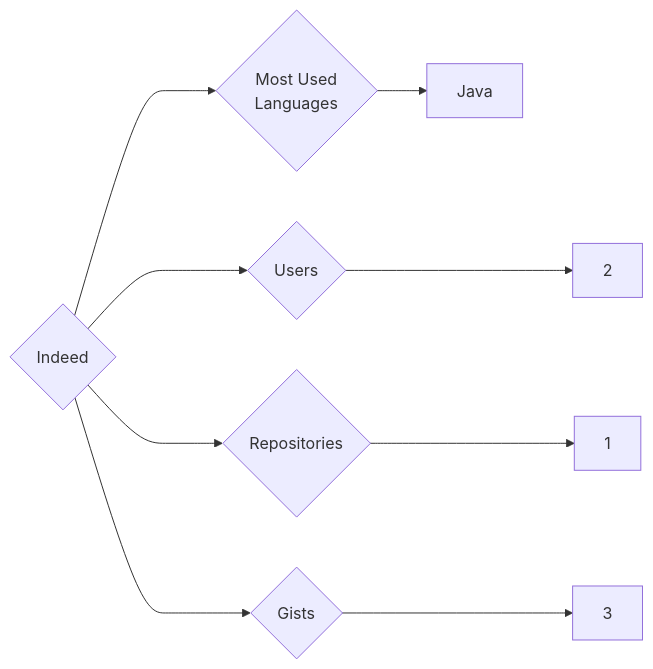
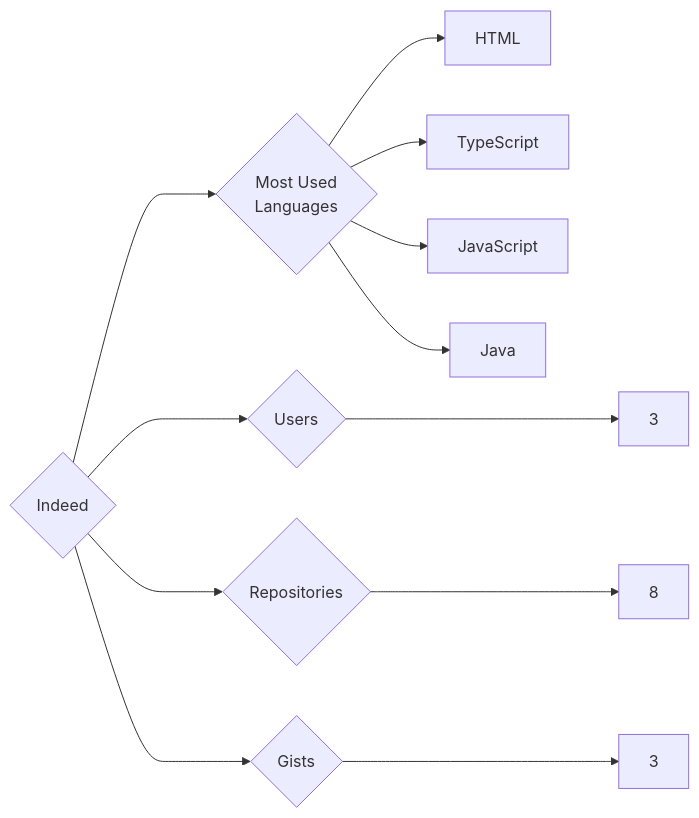
The diagram in targets/Indeed/README.md (trickest/insiders), drawn with Mermaid before and after one commit. The commit also changed 1149 other files, not shown here.

````diff
--- a/targets/Indeed/README.md
+++ b/targets/Indeed/README.md
@@ -3,9 +3,12 @@
 ```mermaid
 graph LR
 COMPANY_NAME{Indeed}
-COMPANY_NAME ---> U{Users} ---> UN[2]
-COMPANY_NAME ---> R{Repositories} ---> RN[1]
+COMPANY_NAME ---> U{Users} ---> UN[3]
+COMPANY_NAME ---> R{Repositories} ---> RN[8]
 COMPANY_NAME ---> G{Gists} ---> GN[3]
 COMPANY_NAME ---> ML{Most Used<br>Languages}
+ML --> HTML[HTML]
+ML --> TypeScript[TypeScript]
+ML --> JavaScript[JavaScript]
 ML --> Java[Java]
 ```
````
